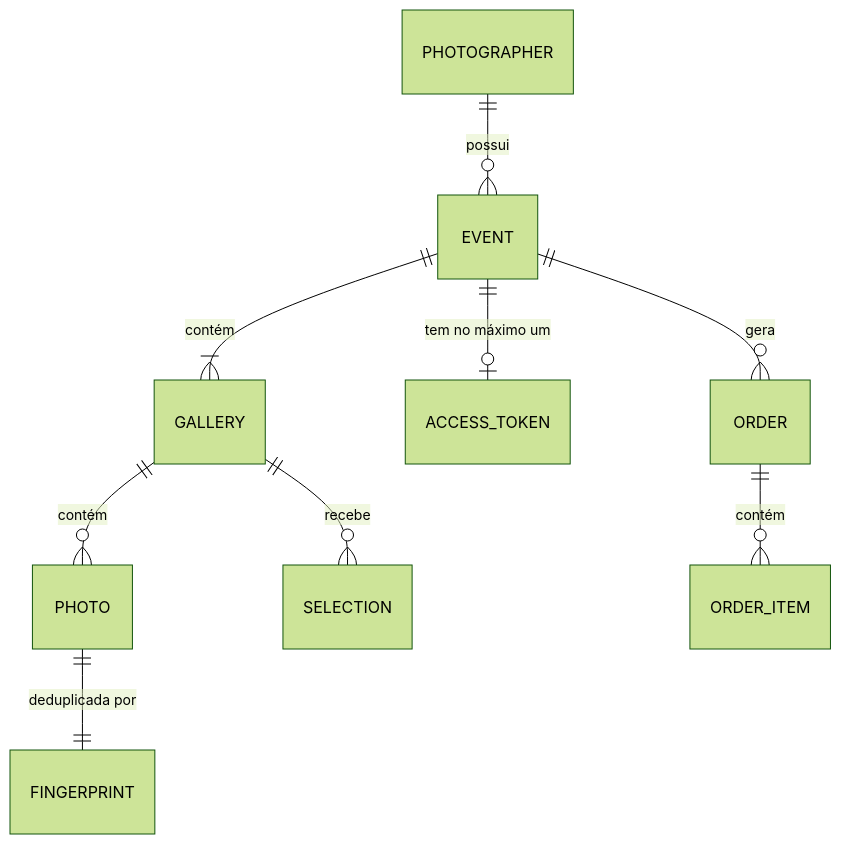
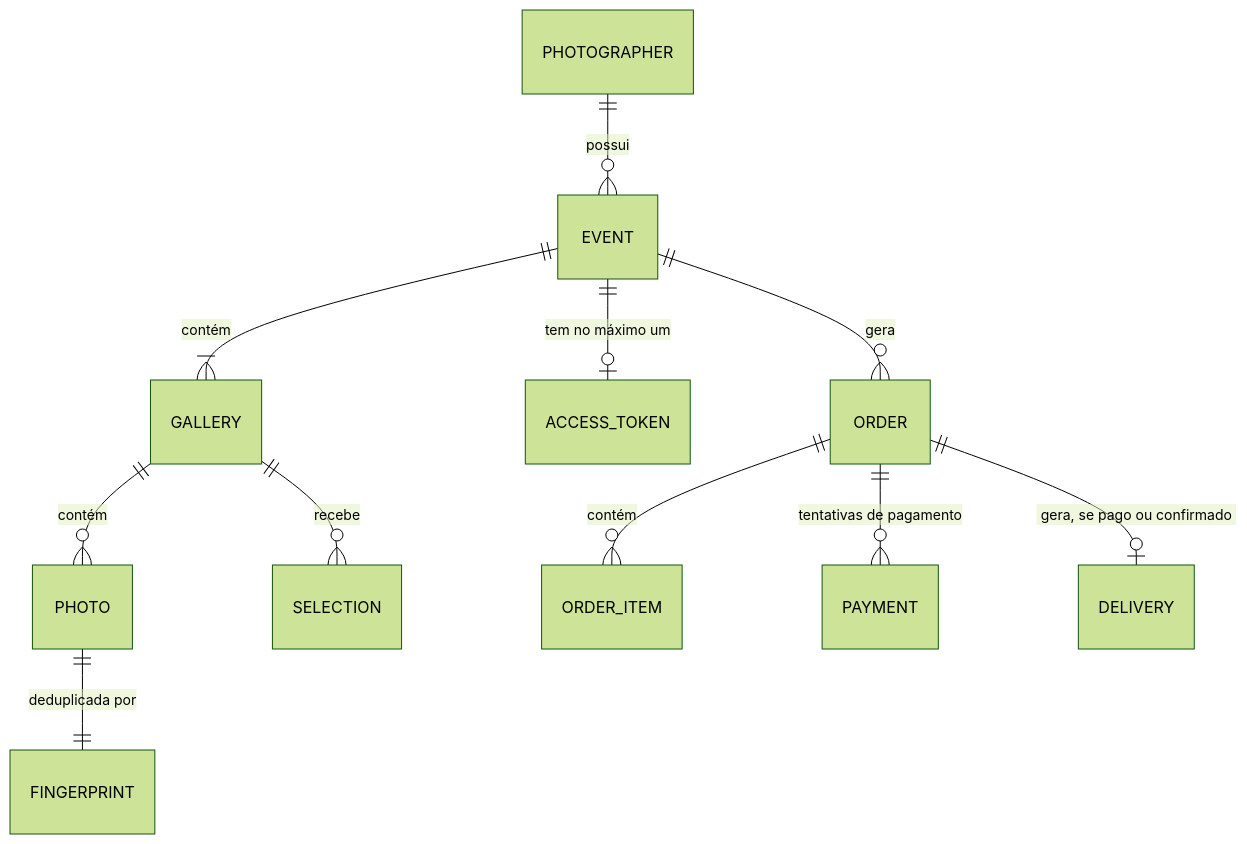
Before and after one commit to andreselva/lumora-docs: the diagram in developers/architecture/data-model.mdx, drawn with Mermaid (forest theme). The commit also changed other lines of this file and 16 other files, not shown here.

````diff
--- a/developers/architecture/data-model.mdx
+++ b/developers/architecture/data-model.mdx
@@ -43,11 +47,13 @@
 ```mermaid
 erDiagram
   PHOTOGRAPHER ||--o{ EVENT : "possui"
   EVENT ||--|{ GALLERY : "contém"
   GALLERY ||--o{ PHOTO : "contém"
   PHOTO ||--|| FINGERPRINT : "deduplicada por"
   EVENT ||--o| ACCESS_TOKEN : "tem no máximo um"
   GALLERY ||--o{ SELECTION : "recebe"
   EVENT ||--o{ ORDER : "gera"
   ORDER ||--o{ ORDER_ITEM : "contém"
+  ORDER ||--o{ PAYMENT : "tentativas de pagamento"
+  ORDER ||--o| DELIVERY : "gera, se pago ou confirmado"
 ```
````
